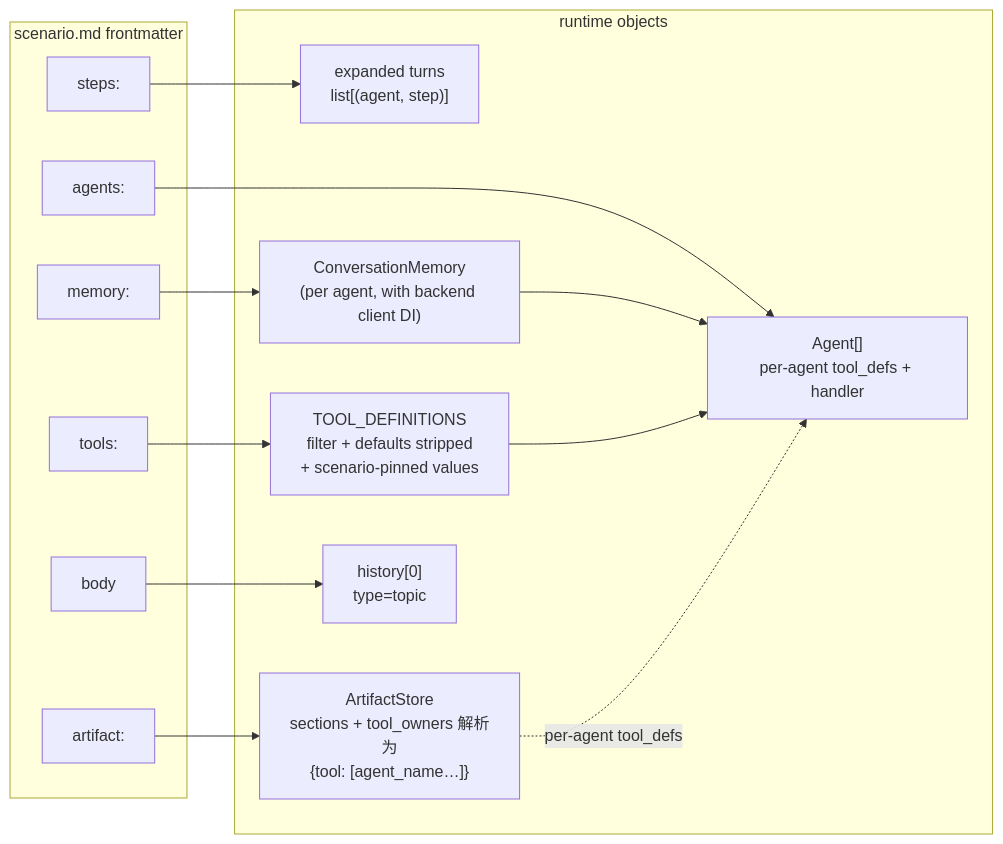
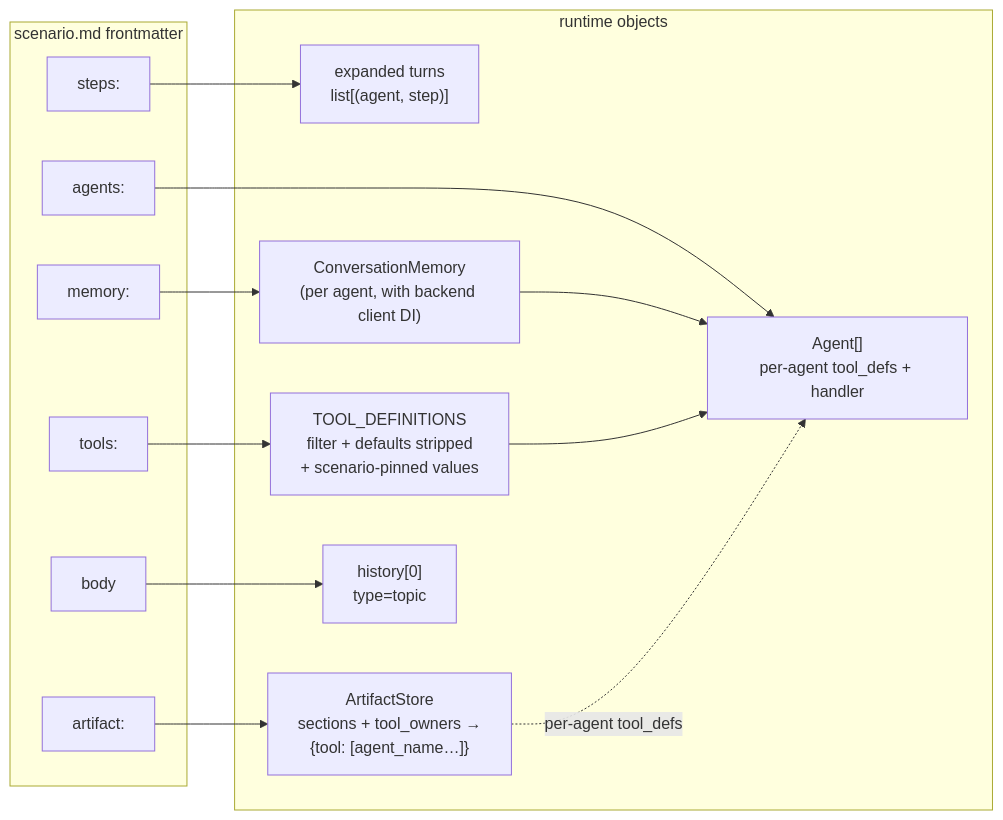
Before and after one commit to AndyUneducated/alchemy: the second of 3 diagrams in play/agent_engine/README.md, drawn with Mermaid. The commit also changed other lines of this file and 197 other files, not shown here.

````diff
--- a/play/agent_engine/README.md
+++ b/play/agent_engine/README.md
@@ -81,26 +81,26 @@
 ```mermaid
 flowchart LR
     subgraph fm["scenario.md frontmatter"]
         a["agents:"]
         s["steps:"]
         m["memory:"]
         t["tools:"]
         ar["artifact:"]
         b["body"]
     end
     subgraph ro["runtime objects"]
         AG["Agent[]<br/>per-agent tool_defs + handler"]
         EX["expanded turns<br/>list[(agent, step)]"]
         ME["ConversationMemory<br/>(per agent, with backend client DI)"]
         TD["TOOL_DEFINITIONS<br/>filter + defaults stripped<br/>+ scenario-pinned values"]
-        AS["ArtifactStore<br/>sections + tool_owners 解析为<br/>{tool: [agent_name…]}"]
+        AS["ArtifactStore<br/>sections + tool_owners →<br/>{tool: [agent_name…]}"]
         TP["history[0]<br/>type=topic"]
     end
     a --> AG
     s --> EX
     m --> ME --> AG
     t --> TD --> AG
     ar --> AS
     AS -. per-agent tool_defs .-> AG
     b --> TP
 ```
````
